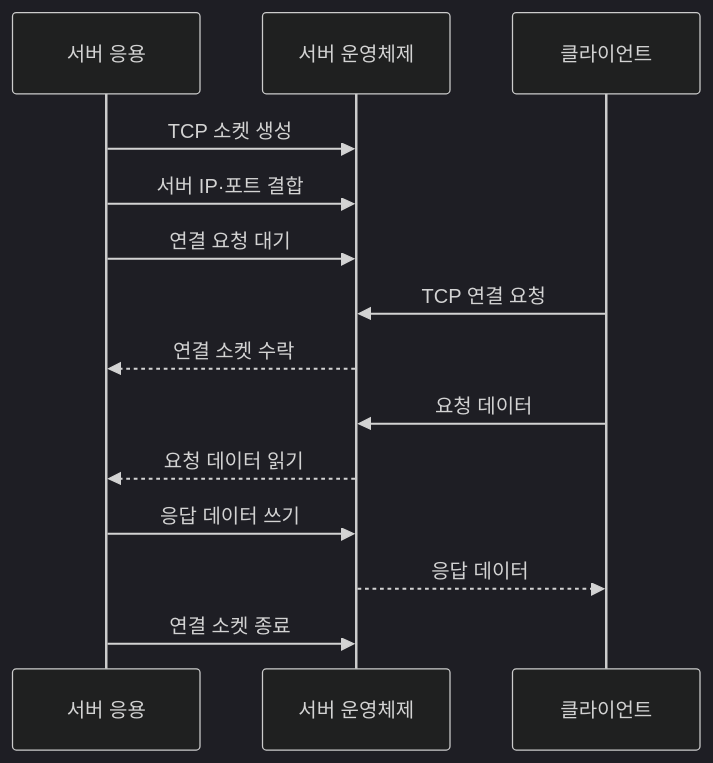
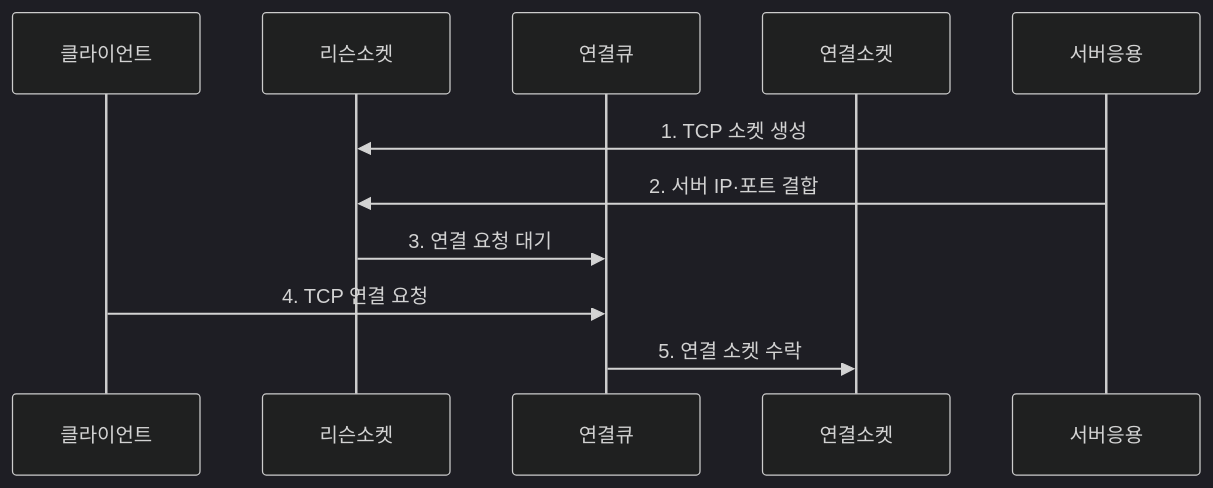
The second of 2 diagrams in src/content/docs/notes/04-network/029_port_socket_communication.md (agnusdei1207/knowledge-base), drawn with Mermaid (dark theme) before and after one commit. The commit also changed other lines of this file and 20 other files, not shown here.

````diff
--- a/src/content/docs/notes/04-network/029_port_socket_communication.md
+++ b/src/content/docs/notes/04-network/029_port_socket_communication.md
@@ -83,16 +86,13 @@
 ```mermaid
 sequenceDiagram
-    participant SA as 서버 응용
-    participant OS as 서버 운영체제
-    participant C as 클라이언트
-    SA->>OS: TCP 소켓 생성
-    SA->>OS: 서버 IP·포트 결합
-    SA->>OS: 연결 요청 대기
-    C->>OS: TCP 연결 요청
-    OS-->>SA: 연결 소켓 수락
-    C->>OS: 요청 데이터
-    OS-->>SA: 요청 데이터 읽기
-    SA->>OS: 응답 데이터 쓰기
-    OS-->>C: 응답 데이터
-    SA->>OS: 연결 소켓 종료
+    participant 클라이언트
+    participant 리슨소켓
+    participant 연결큐
+    participant 연결소켓
+    participant 서버응용
+    서버응용->>리슨소켓: 1. TCP 소켓 생성
+    서버응용->>리슨소켓: 2. 서버 IP·포트 결합
+    리슨소켓->>연결큐: 3. 연결 요청 대기
+    클라이언트->>연결큐: 4. TCP 연결 요청
+    연결큐->>연결소켓: 5. 연결 소켓 수락
 ```
````
